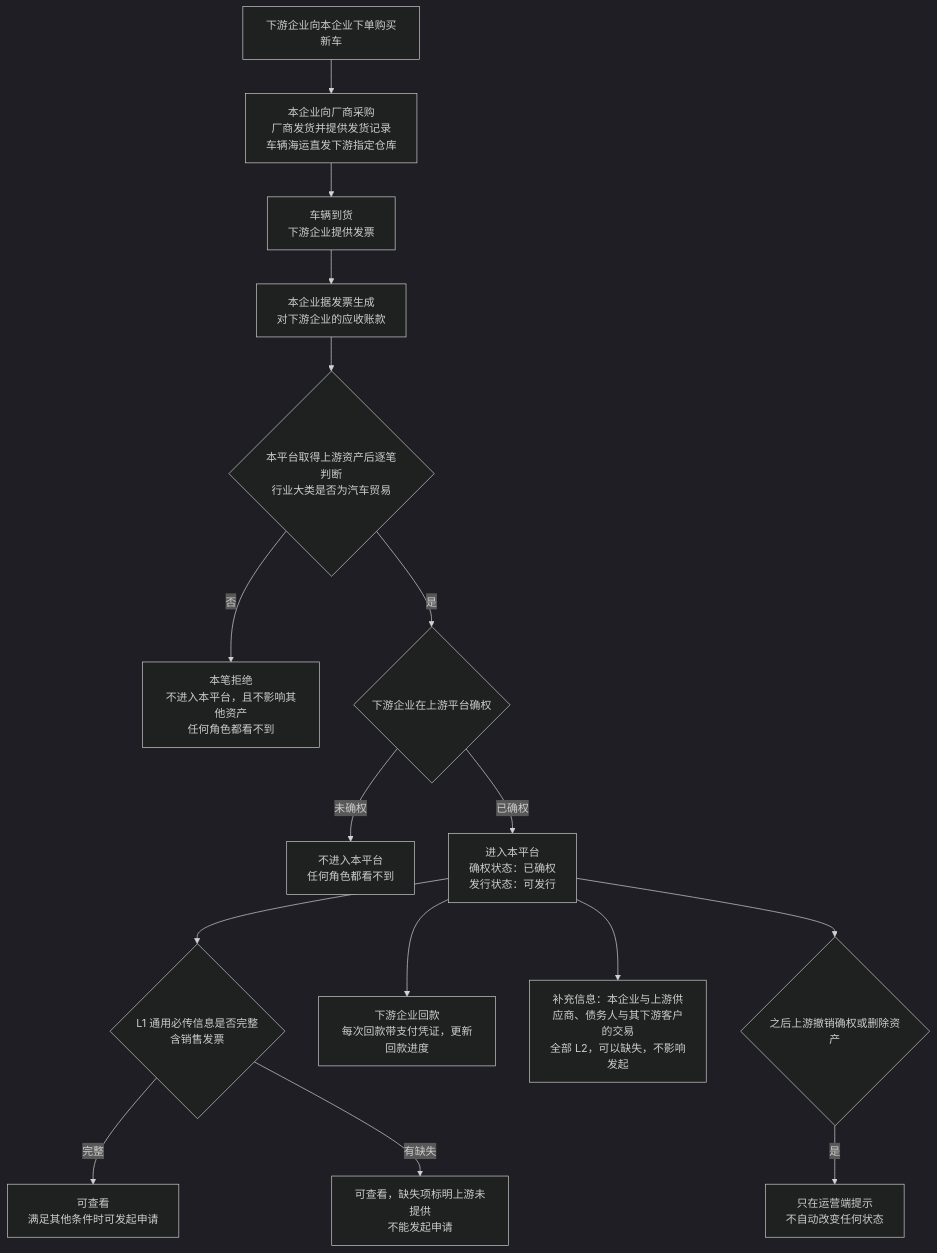
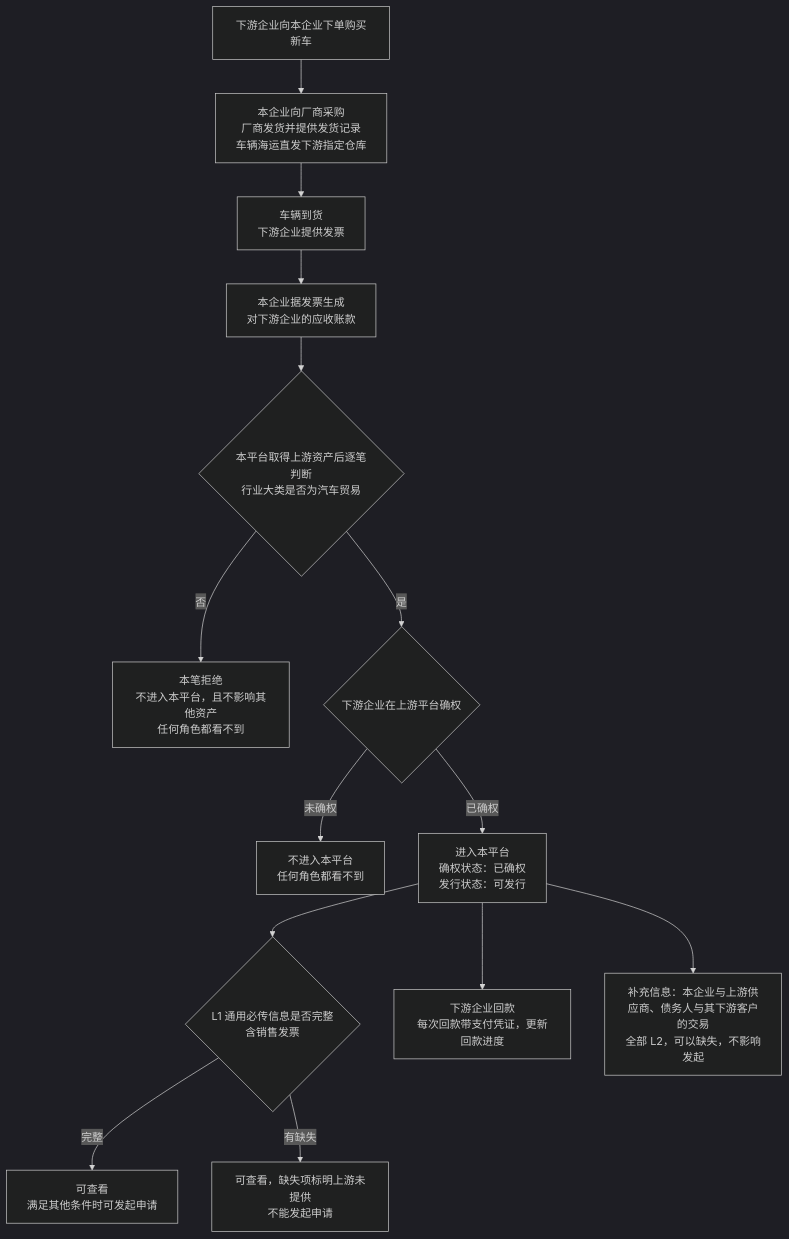
Before and after one commit to wxblockchain/Chain-Financing: the first of 6 diagrams in token-issuance-platform/PRD/两端共用/M2-可信资产/02-可信资产-流程图与状态机.md, drawn with Mermaid (dark theme). The commit also changed other lines of this file and 35 other files, not shown here.

````diff
--- a/token-issuance-platform/PRD/两端共用/M2-可信资产/02-可信资产-流程图与状态机.md
+++ b/token-issuance-platform/PRD/两端共用/M2-可信资产/02-可信资产-流程图与状态机.md
@@ -18,18 +18,16 @@
 ```mermaid
 flowchart TD
     A[下游企业向本企业下单购买新车] --> B[本企业向厂商采购<br/>厂商发货并提供发货记录<br/>车辆海运直发下游指定仓库]
     B --> C[车辆到货<br/>下游企业提供发票]
     C --> D[本企业据发票生成<br/>对下游企业的应收账款]
     D --> E{本平台取得上游资产后逐笔判断<br/>行业大类是否为汽车贸易}
     E -->|否| N[本笔拒绝<br/>不进入本平台，且不影响其他资产<br/>任何角色都看不到]
     E -->|是| Q{下游企业在上游平台确权}
     Q -->|未确权| F[不进入本平台<br/>任何角色都看不到]
     Q -->|已确权| G[进入本平台<br/>确权状态：已确权<br/>发行状态：可发行]
     G --> H{L1 通用必传信息是否完整<br/>含销售发票}
     H -->|完整| I[可查看<br/>满足其他条件时可发起申请]
     H -->|有缺失| J[可查看，缺失项标明上游未提供<br/>不能发起申请]
     G --> K[下游企业回款<br/>每次回款带支付凭证，更新回款进度]
     G --> S[补充信息：本企业与上游供应商、债务人与其下游客户的交易<br/>全部 L2，可以缺失，不影响发起]
-    G --> L{之后上游撤销确权或删除资产}
-    L -->|是| M[只在运营端提示<br/>不自动改变任何状态]
 ```
````
